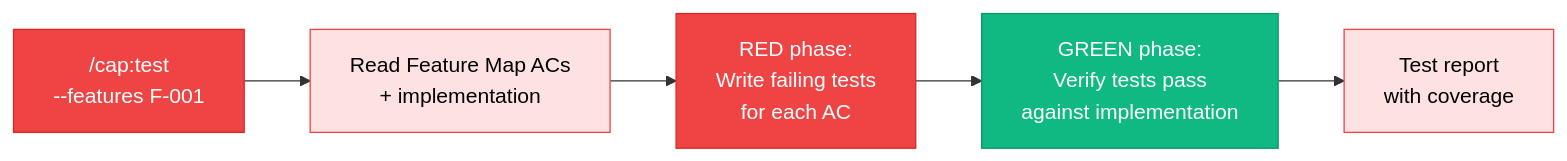
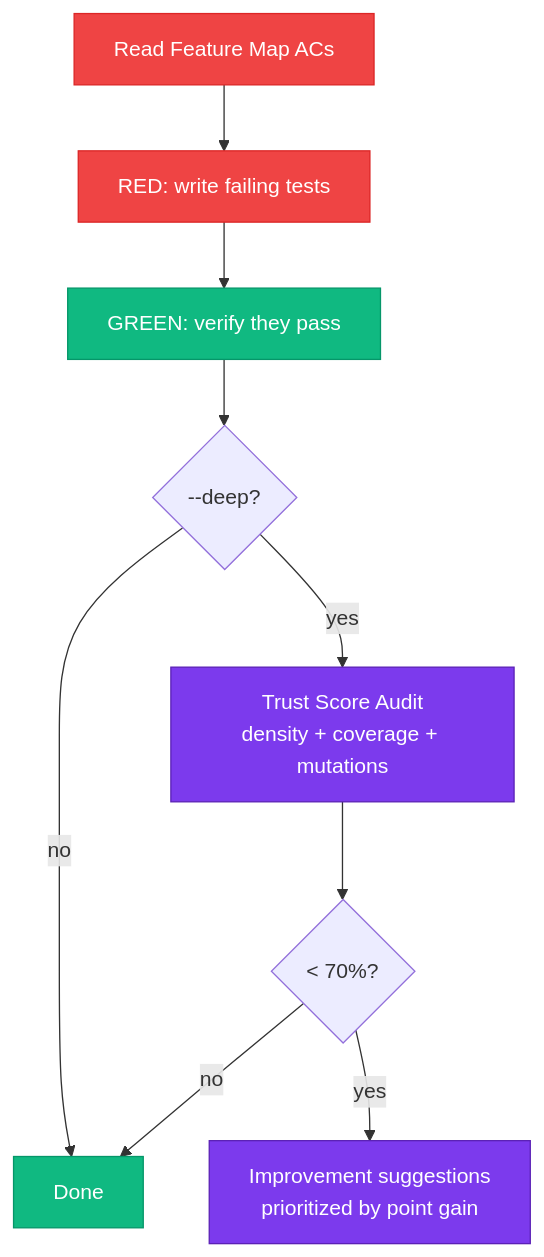
Before and after one commit to dwall-sys/code-as-plan: the sixth of 9 diagrams in docs/CAP-WORKFLOW.md, drawn with Mermaid. The commit also changed other lines of this file and 1 other file, not shown here.

Commit message:
docs: add --deep test audit to workflow guides
Update both HTML and Markdown workflow docs with:
- --deep flag explanation and flowchart showing audit pipeline
- Trust score breakdown table (components and max points)
- Improvement suggestions example output
- Updated daily workflow cheatsheet with --deep

````diff
--- a/docs/CAP-WORKFLOW.md
+++ b/docs/CAP-WORKFLOW.md
@@ -244,15 +244,21 @@
 ```mermaid
-flowchart LR
+flowchart TD
     classDef test fill:#ef4444,color:#fff,stroke:#dc2626
-    classDef agent fill:#fee2e2,color:#000,stroke:#ef4444
-    classDef pass fill:#10b981,color:#fff,stroke:#059669
-    classDef fail fill:#ef4444,color:#fff,stroke:#dc2626
+    classDef green fill:#10b981,color:#fff,stroke:#059669
+    classDef audit fill:#7c3aed,color:#fff,stroke:#5b21b6
 
-    CMD["/cap:test<br/>--features F-001"]:::test
-    READ["Read Feature Map ACs<br/>+ implementation"]:::agent
-    RED["RED phase:<br/>Write failing tests<br/>for each AC"]:::fail
-    GREEN["GREEN phase:<br/>Verify tests pass<br/>against implementation"]:::pass
-    REPORT["Test report<br/>with coverage"]:::agent
+    READ["Read Feature Map ACs"]:::test
+    RED["RED: write failing tests"]:::test
+    GREEN["GREEN: verify they pass"]:::green
+    DEEP{"--deep?"}
+    AUDIT["Trust Score Audit<br/>density + coverage + mutations"]:::audit
+    LOW{"< 70%?"}
+    SUGGEST["Improvement suggestions<br/>prioritized by point gain"]:::audit
+    DONE["Done"]:::green
 
-    CMD --> READ --> RED --> GREEN --> REPORT
+    READ --> RED --> GREEN --> DEEP
+    DEEP -->|"no"| DONE
+    DEEP -->|"yes"| AUDIT --> LOW
+    LOW -->|"yes"| SUGGEST
+    LOW -->|"no"| DONE
 ```
````
